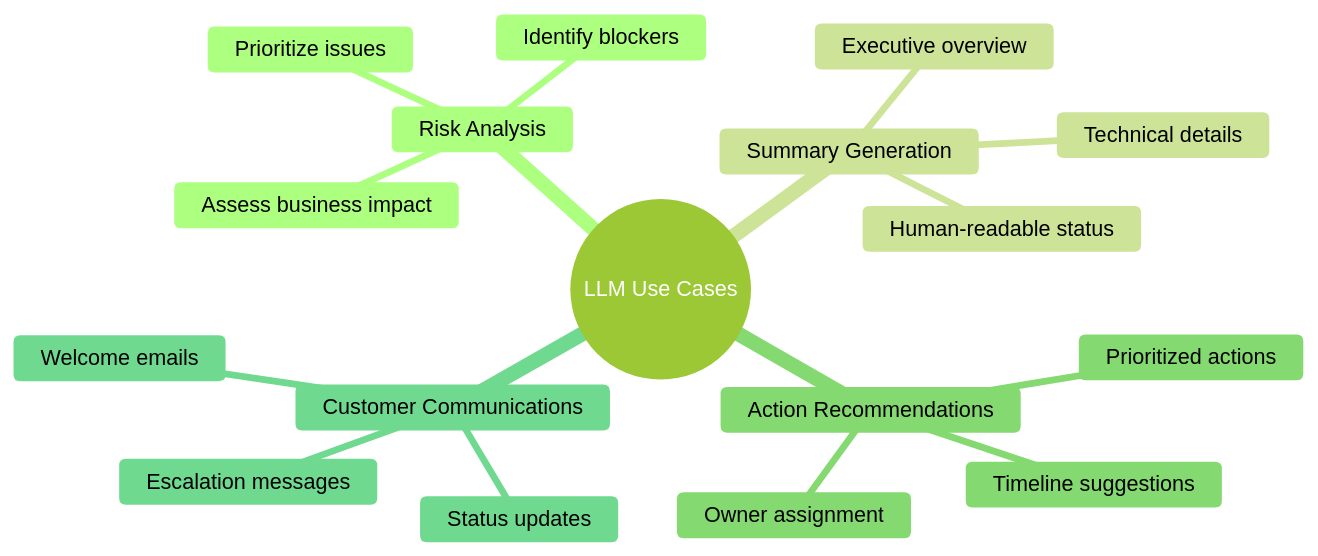
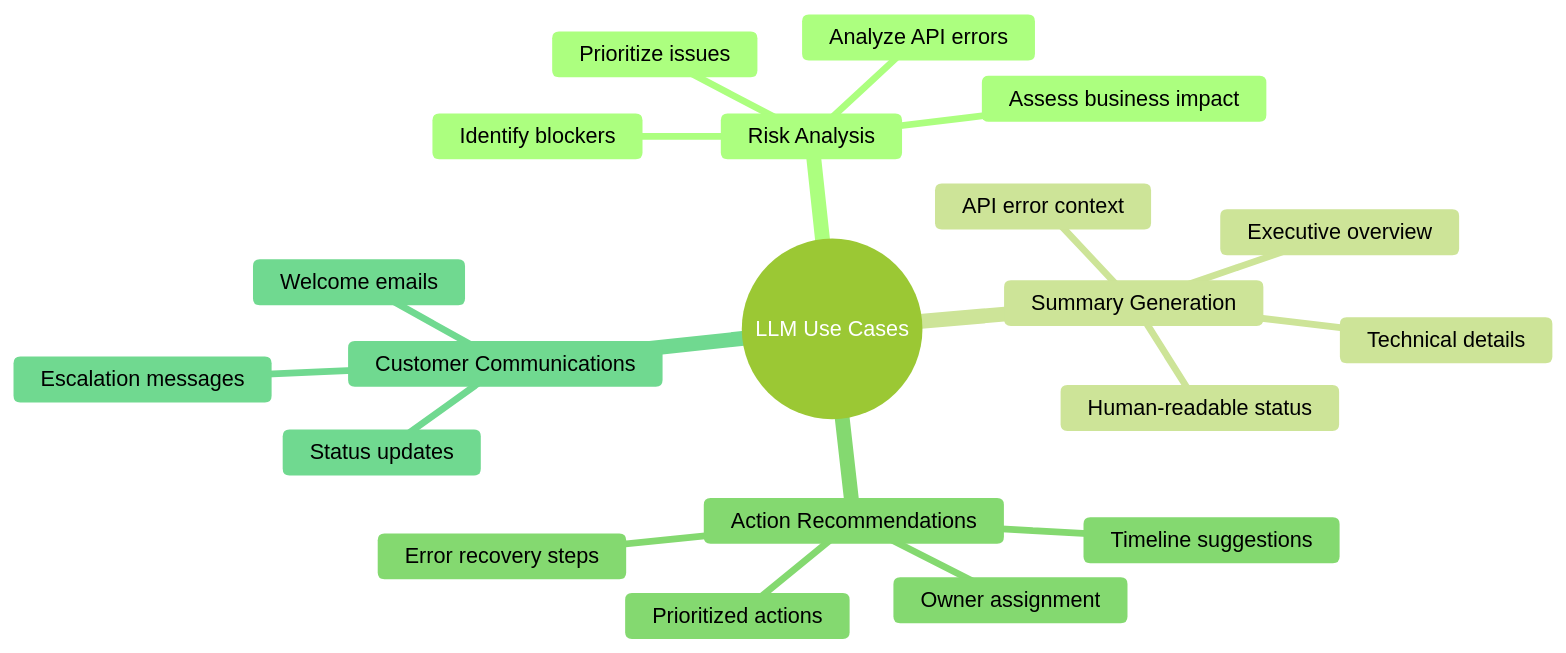
The third of 11 diagrams in SOLUTION_DESIGN.md (alyab16/Enterprise-Agents-Solutions-Case-Study), drawn with Mermaid (forest theme) before and after one commit. The commit also changed other lines of this file and 5 other files, not shown here.

````diff
--- a/SOLUTION_DESIGN.md
+++ b/SOLUTION_DESIGN.md
@@ -188,20 +190,23 @@
 ```mermaid
 mindmap
   root((LLM Use Cases))
     Risk Analysis
       Assess business impact
       Identify blockers
+      Analyze API errors
       Prioritize issues
     Summary Generation
       Human-readable status
       Executive overview
+      API error context
       Technical details
     Action Recommendations
       Prioritized actions
       Owner assignment
+      Error recovery steps
       Timeline suggestions
     Customer Communications
       Welcome emails
       Status updates
       Escalation messages
 ```
````
